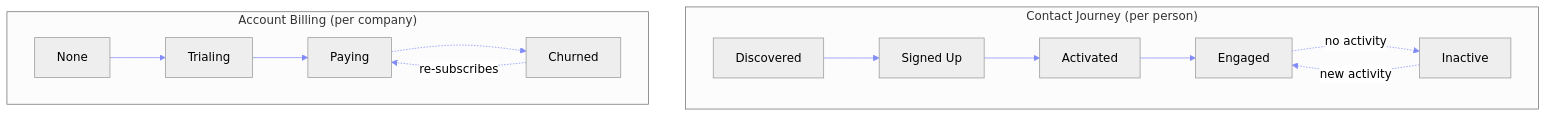
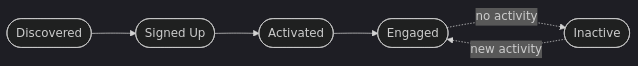
The first of 2 diagrams in tracking/stages.mdx (OutlitAI/docs), drawn with Mermaid before and after one commit. The commit also changed other lines of this file and 4 other files, not shown here.

First line of the commit message:
docs: improve mermaid diagram styling and readability

````diff
--- a/tracking/stages.mdx
+++ b/tracking/stages.mdx
@@ -15,18 +17,9 @@
 ```mermaid
-%%{init: {'theme': 'neutral', 'themeVariables': { 'primaryColor': '#6366f1', 'primaryTextColor': '#fff', 'primaryBorderColor': '#4f46e5', 'lineColor': '#818cf8' }}}%%
-flowchart TB
-    subgraph contact["Contact Journey (per person)"]
-        A[Discovered] --> B[Signed Up]
-        B --> C[Activated]
-        C --> D[Engaged]
-        D -.->|no activity| E[Inactive]
-        E -.->|new activity| D
-    end
-
-    subgraph billing["Account Billing (per company)"]
-        F[None] --> G[Trialing]
-        G --> H[Paying]
-        H -.-> I[Churned]
-        I -.->|re-subscribes| H
-    end
+%%{init: {'theme': 'dark', 'flowchart': {'nodeSpacing': 50, 'rankSpacing': 60, 'curve': 'basis', 'padding': 15}}}%%
+flowchart LR
+    A([Discovered]) --> B([Signed Up])
+    B --> C([Activated])
+    C --> D([Engaged])
+    D -.->|no activity| E([Inactive])
+    E -.->|new activity| D
 ```
````
